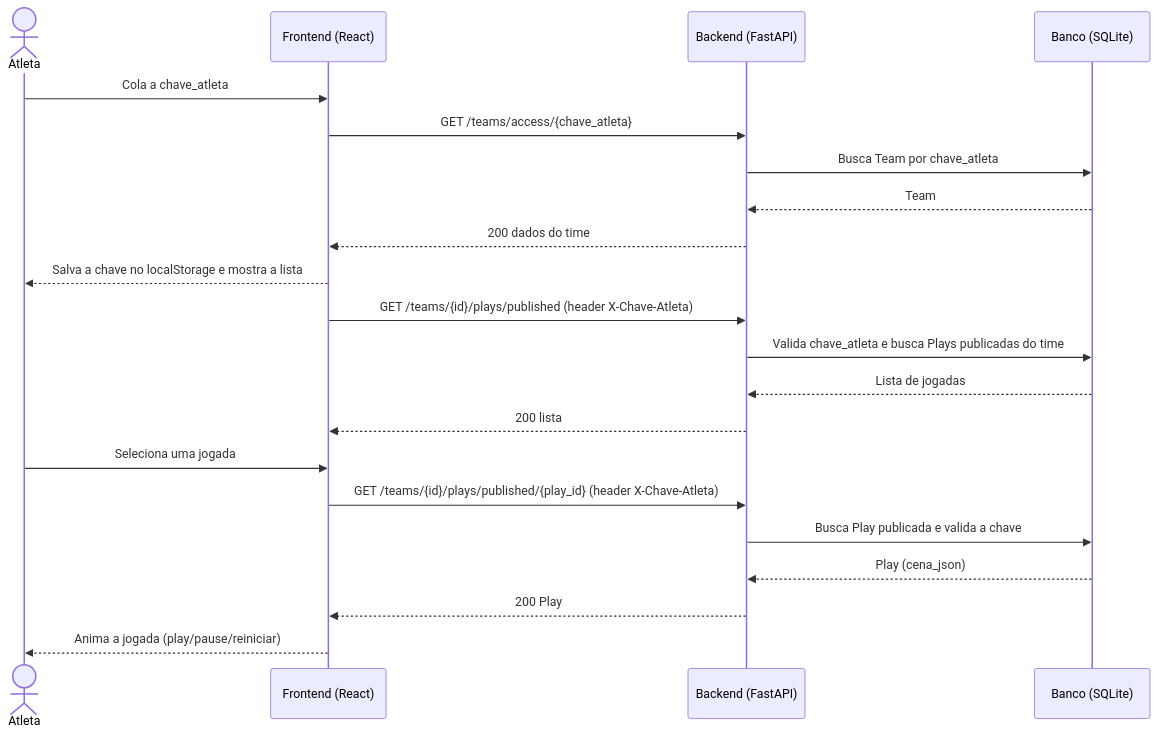
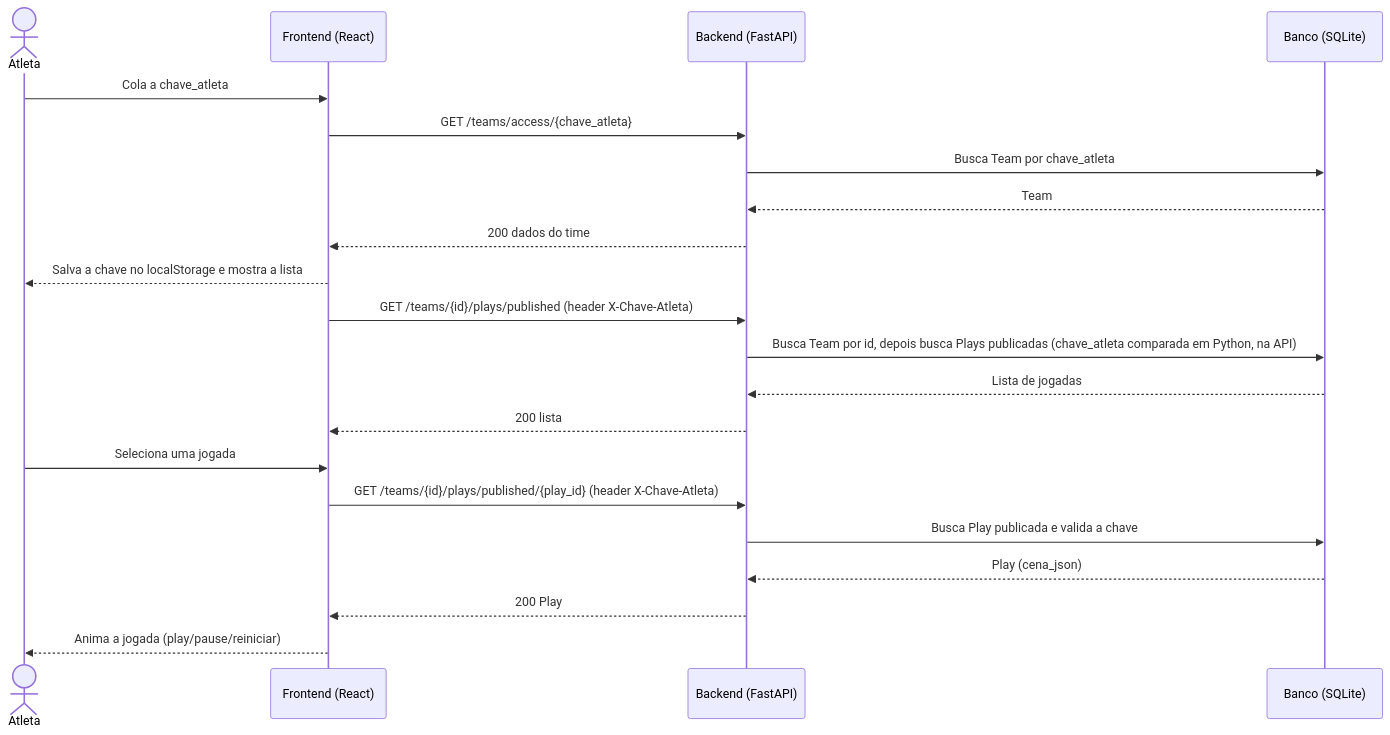
The third of 3 diagrams in README.md (iMandy10/-EDS--Prancheta-Tatica), drawn with Mermaid before and after one commit. The commit also changed other lines of this file, not shown here.

Commit message:
fix: correct outdated docs on possession, action ownership, and validation flow

````diff
--- a/README.md
+++ b/README.md
@@ -203,26 +211,26 @@
 ```mermaid
 sequenceDiagram
     actor Atleta
     participant Frontend as Frontend (React)
     participant API as Backend (FastAPI)
     participant DB as Banco (SQLite)
 
     Atleta->>Frontend: Cola a chave_atleta
     Frontend->>API: GET /teams/access/{chave_atleta}
     API->>DB: Busca Team por chave_atleta
     DB-->>API: Team
     API-->>Frontend: 200 dados do time
     Frontend-->>Atleta: Salva a chave no localStorage e mostra a lista
 
     Frontend->>API: GET /teams/{id}/plays/published (header X-Chave-Atleta)
-    API->>DB: Valida chave_atleta e busca Plays publicadas do time
+    API->>DB: Busca Team por id, depois busca Plays publicadas (chave_atleta comparada em Python, na API)
     DB-->>API: Lista de jogadas
     API-->>Frontend: 200 lista
 
     Atleta->>Frontend: Seleciona uma jogada
     Frontend->>API: GET /teams/{id}/plays/published/{play_id} (header X-Chave-Atleta)
     API->>DB: Busca Play publicada e valida a chave
     DB-->>API: Play (cena_json)
     API-->>Frontend: 200 Play
     Frontend-->>Atleta: Anima a jogada (play/pause/reiniciar)
 ```
````
